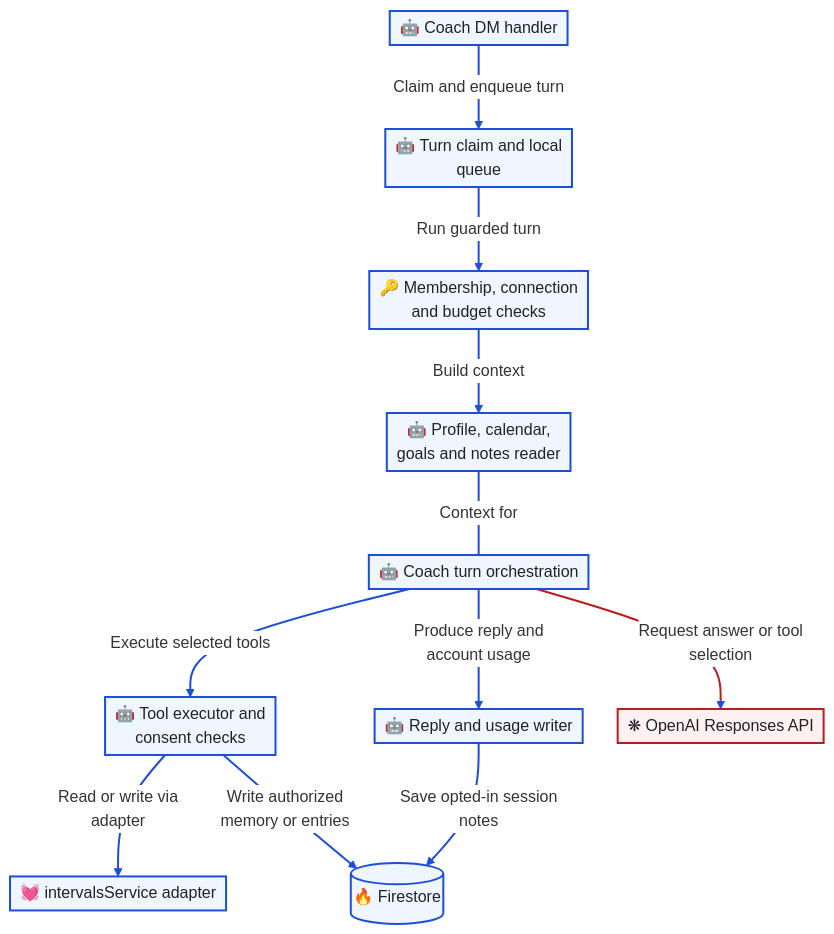
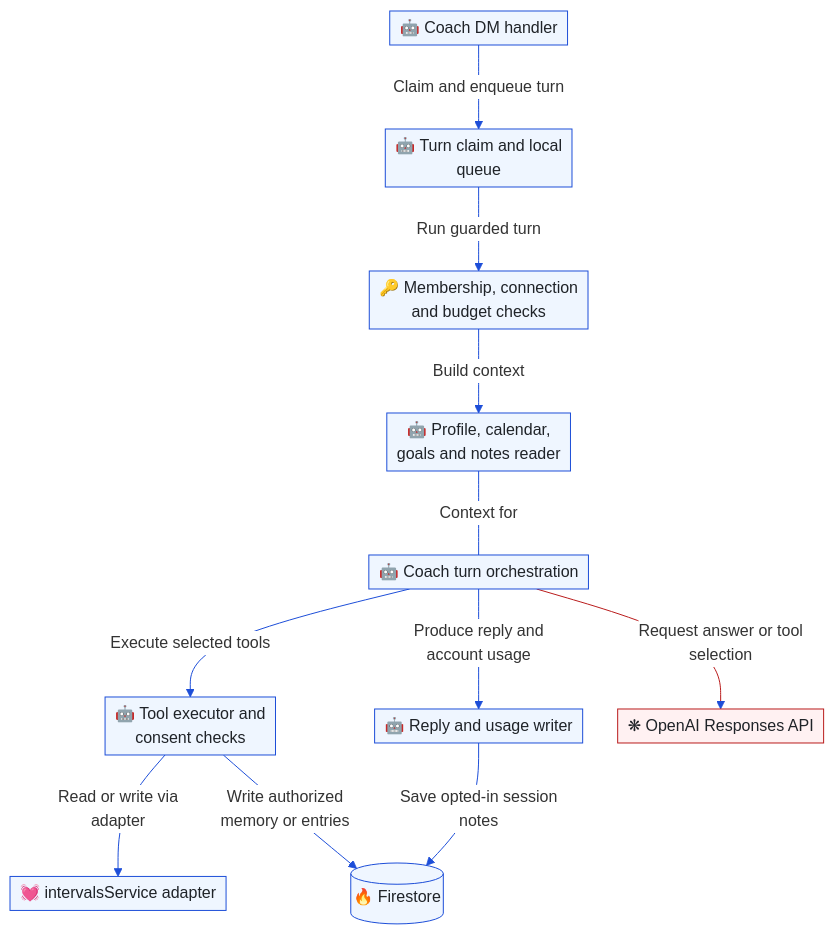
Before and after one commit to T00few2/dzr: the second of 3 diagrams in docs/architecture/coach.md, drawn with Mermaid. The commit also changed other lines of this file and 34 other files, not shown here.

Commit message:
docs: use normal strokes and enforce 12px sequence labels

````diff
--- a/docs/architecture/coach.md
+++ b/docs/architecture/coach.md
@@ -79,31 +81,31 @@
 ```mermaid
 ---
 config:
   theme: base
   themeVariables:
     edgeLabelBackground: '#ffffff'
   themeCSS: |
     .edgeLabel, .edgeLabel p { font-size: 12px !important; }
     :is(&) { background: #ffffff; }
   flowchart:
     padding: 5
     nodeSpacing: 35
     rankSpacing: 60
 ---
 flowchart TB
     dm["🤖 Coach DM handler"] -->|Claim and enqueue turn| claim["🤖 Turn claim and local<br/>queue"]
     claim -->|Run guarded turn| gate["🔑 Membership, connection<br/>and budget checks"]
     gate -->|Build context| prompt["🤖 Profile, calendar,<br/>goals and notes reader"]
     prompt ---|Context for| loop["🤖 Coach turn orchestration"]
     loop -->|Execute selected tools| tools["🤖 Tool executor and<br/>consent checks"]
     tools -->|Read or write via<br/>adapter| intervals["💓 intervalsService adapter"]
     tools -->|Write authorized<br/>memory or entries| store[("🔥 Firestore")]
     loop -->|Produce reply and<br/>account usage| reply["🤖 Reply and usage writer"]
     reply -->|Save opted-in session<br/>notes| store
     loop -->|Request answer or tool<br/>selection| ai["❋ OpenAI Responses API"]
-    classDef default fill:#eff6ff,stroke:#1d4ed8,stroke-width:2px,color:#1f2328
-    classDef external fill:#fff1f2,stroke:#b91c1c,stroke-width:2px,color:#1f2328
-    linkStyle default stroke:#1d4ed8,stroke-width:2px
+    classDef default fill:#eff6ff,stroke:#1d4ed8,color:#1f2328
+    classDef external fill:#fff1f2,stroke:#b91c1c,color:#1f2328
+    linkStyle default stroke:#1d4ed8
     class ai external
-    linkStyle 9 stroke:#b91c1c,stroke-width:2px
+    linkStyle 9 stroke:#b91c1c
 ```
````
